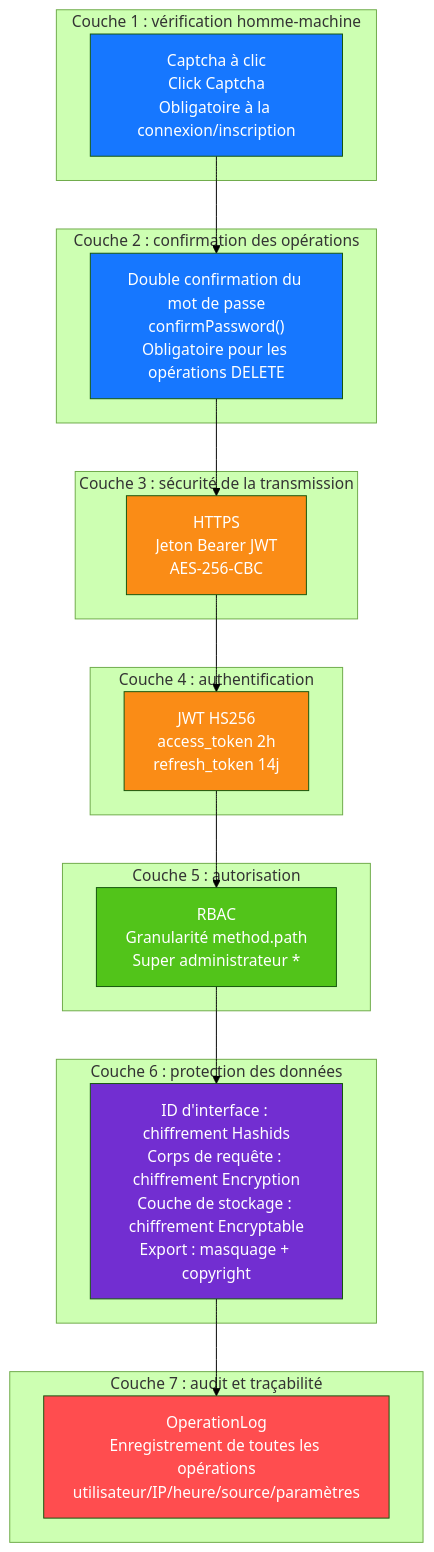
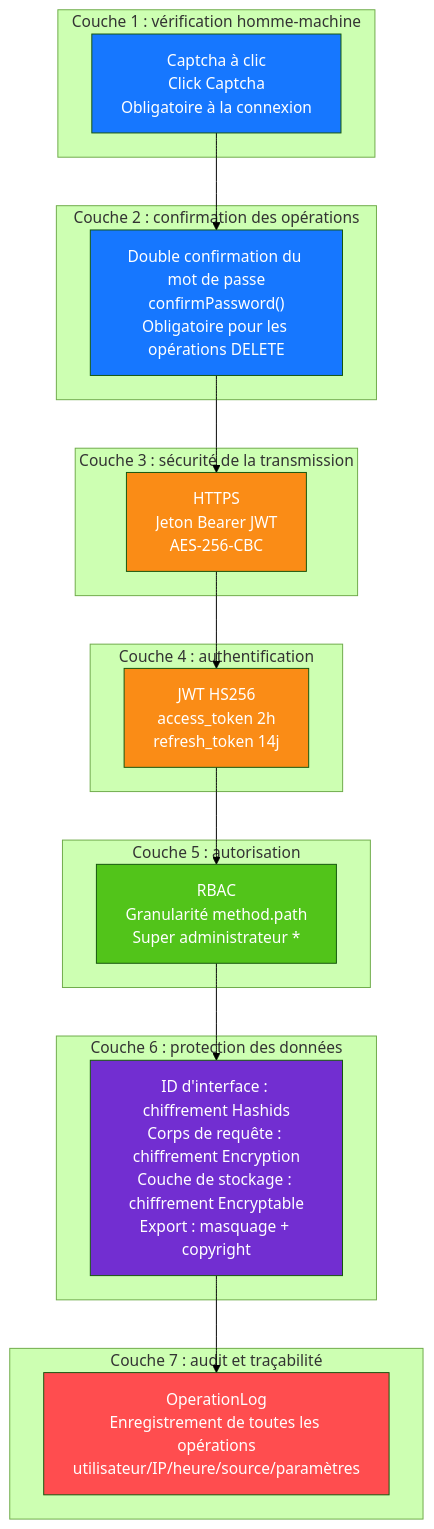
One commit to erikwang2013/open-admin changed diagram 13 of 14 in docs/ARCHITECTURE.fr.md. Above: the diagram before and after it, drawn with Mermaid (forest theme). The commit also changed other lines of this file and 115 other files, not shown here.

First line of the commit message:
功能：新增项目宠物「小安」、站点首页与手写 SVG 设计图集；全部文档对齐代码

````diff
--- a/docs/ARCHITECTURE.fr.md
+++ b/docs/ARCHITECTURE.fr.md
@@ -607,40 +597,40 @@
 ```mermaid
 flowchart TB
     subgraph "Couche 1 : vérification homme-machine"
-        L1["Captcha à clic<br/>Click Captcha<br/>Obligatoire à la connexion/inscription"]
+        L1["Captcha à clic<br/>Click Captcha<br/>Obligatoire à la connexion"]
     end
 
     subgraph "Couche 2 : confirmation des opérations"
         L2["Double confirmation du mot de passe<br/>confirmPassword()<br/>Obligatoire pour les opérations DELETE"]
     end
 
     subgraph "Couche 3 : sécurité de la transmission"
         L3["HTTPS<br/>Jeton Bearer JWT<br/>AES-256-CBC"]
     end
 
     subgraph "Couche 4 : authentification"
         L4["JWT HS256<br/>access_token 2h<br/>refresh_token 14j"]
     end
 
     subgraph "Couche 5 : autorisation"
         L5["RBAC<br/>Granularité method.path<br/>Super administrateur * "]
     end
 
     subgraph "Couche 6 : protection des données"
         L6["ID d'interface : chiffrement Hashids<br/>Corps de requête : chiffrement Encryption<br/>Couche de stockage : chiffrement Encryptable<br/>Export : masquage + copyright"]
     end
 
     subgraph "Couche 7 : audit et traçabilité"
         L7["OperationLog<br/>Enregistrement de toutes les opérations<br/>utilisateur/IP/heure/source/paramètres"]
     end
 
     L1 --> L2 --> L3 --> L4 --> L5 --> L6 --> L7
 
     style L1 fill:#1677FF,color:#fff
     style L2 fill:#1677FF,color:#fff
     style L3 fill:#FA8C16,color:#fff
     style L4 fill:#FA8C16,color:#fff
     style L5 fill:#52C41A,color:#fff
     style L6 fill:#722ED1,color:#fff
     style L7 fill:#FF4D4F,color:#fff
 ```
````
